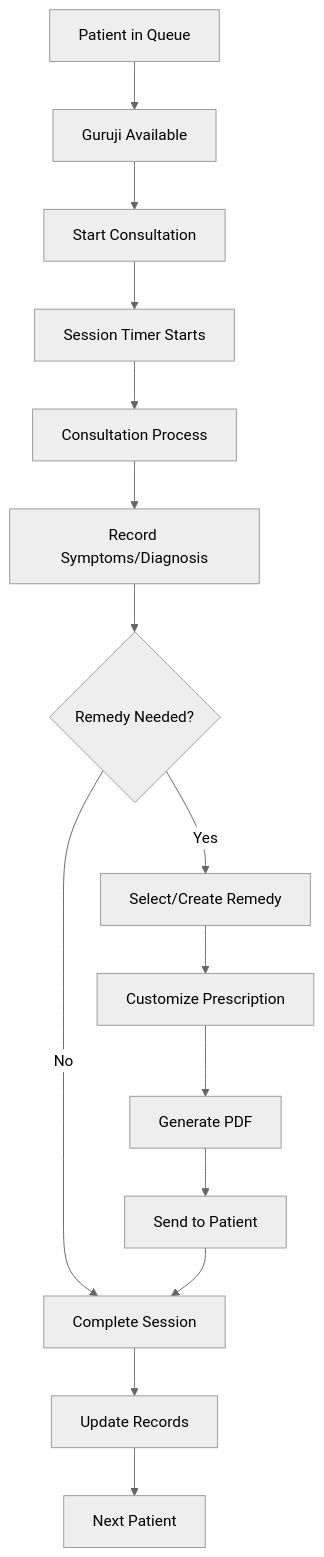
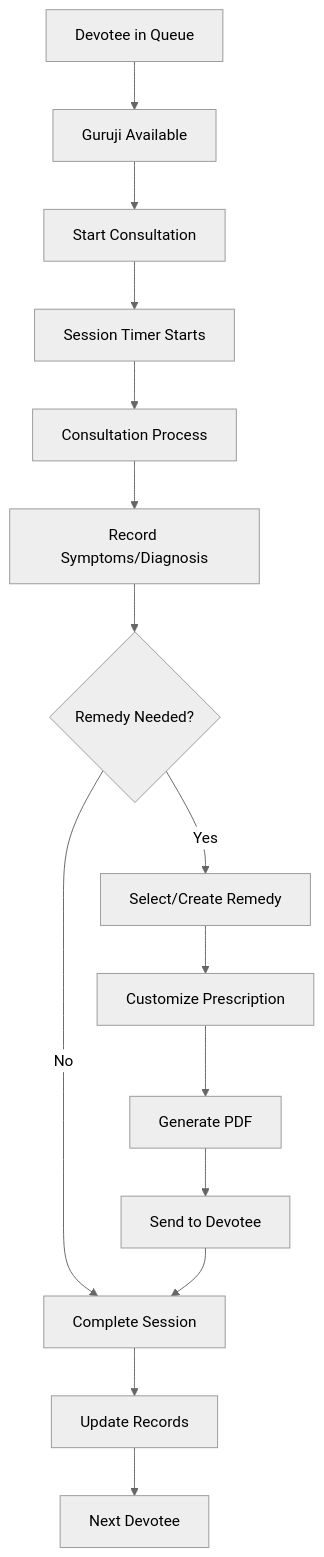
Before and after one commit to maichel1859-sys/ShivGorakkshaAshram-app: the fourth of 7 diagrams in DOCUMENTATION.md, drawn with Mermaid (neutral theme). The commit also changed other lines of this file and 62 other files, not shown here.

First line of the commit message:
Refactor terminology from "patient" to "devotee" across the application

````diff
--- a/DOCUMENTATION.md
+++ b/DOCUMENTATION.md
@@ -620,17 +620,17 @@
 ```mermaid
 graph TD
-    A[Patient in Queue] --> B[Guruji Available]
+    A[Devotee in Queue] --> B[Guruji Available]
     B --> C[Start Consultation]
     C --> D[Session Timer Starts]
     D --> E[Consultation Process]
     E --> F[Record Symptoms/Diagnosis]
     F --> G{Remedy Needed?}
     G -->|Yes| H[Select/Create Remedy]
     G -->|No| I[Complete Session]
     H --> J[Customize Prescription]
     J --> K[Generate PDF]
-    K --> L[Send to Patient]
+    K --> L[Send to Devotee]
     L --> I
     I --> M[Update Records]
-    M --> N[Next Patient]
+    M --> N[Next Devotee]
 ```
````
